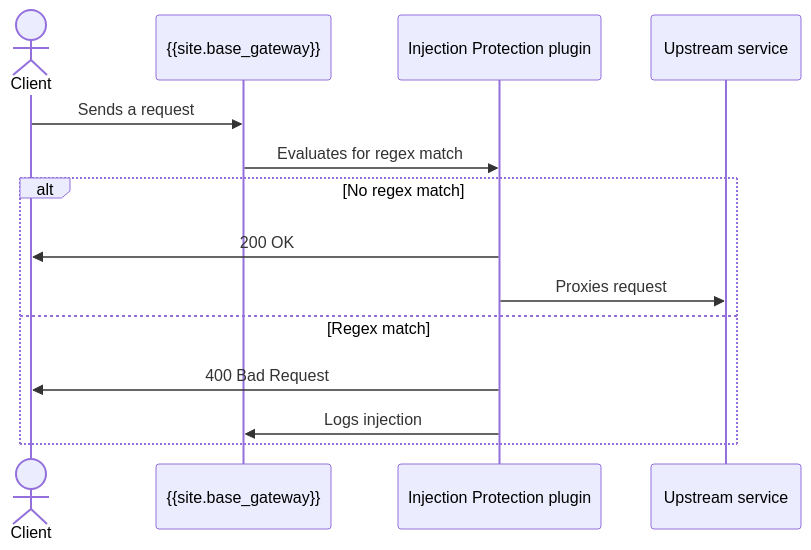
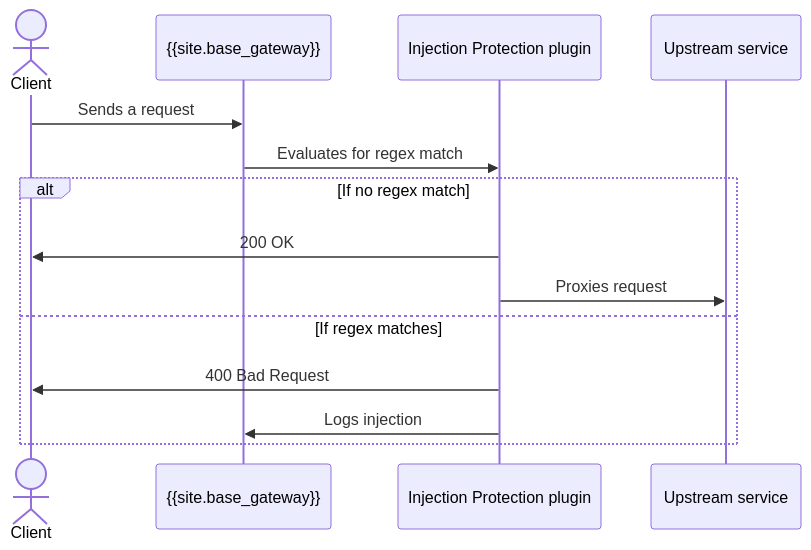
One commit to Kong/developer.konghq.com changed the diagram in app/_kong_plugins/injection-protection/index.md. Above: the diagram before and after it, drawn with Mermaid. The commit also changed 10 other files, not shown here.

Commit message:
add 'if' to alt/opt in mermaid diagrams

```diff
--- a/app/_kong_plugins/injection-protection/index.md
+++ b/app/_kong_plugins/injection-protection/index.md
@@ -65,18 +65,18 @@
 {% mermaid %}
 sequenceDiagram
     actor Client
     participant Kong as {{site.base_gateway}}
     participant Plugin as Injection Protection plugin
     participant Upstream as Upstream service
 
     Client->>Kong: Sends a request
     Kong->>Plugin: Evaluates for regex match
 
-    alt No regex match
+    alt If no regex match
         Plugin->>Client: 200 OK
         Plugin->>Upstream: Proxies request
-    else Regex match
+    else If regex matches
         Plugin->>Client: 400 Bad Request
         Plugin->>Kong: Logs injection 
     end
 {% endmermaid %}
```
